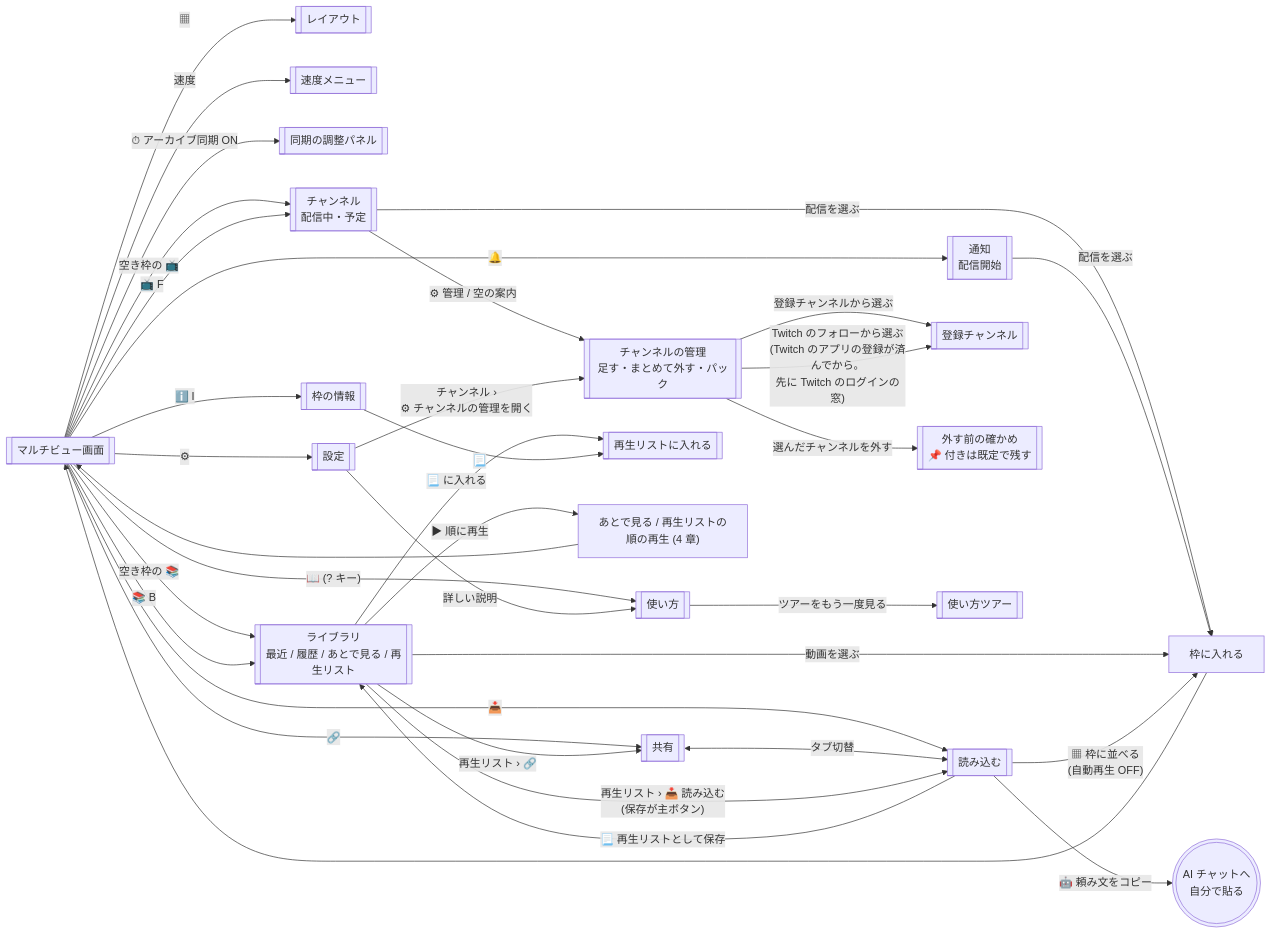
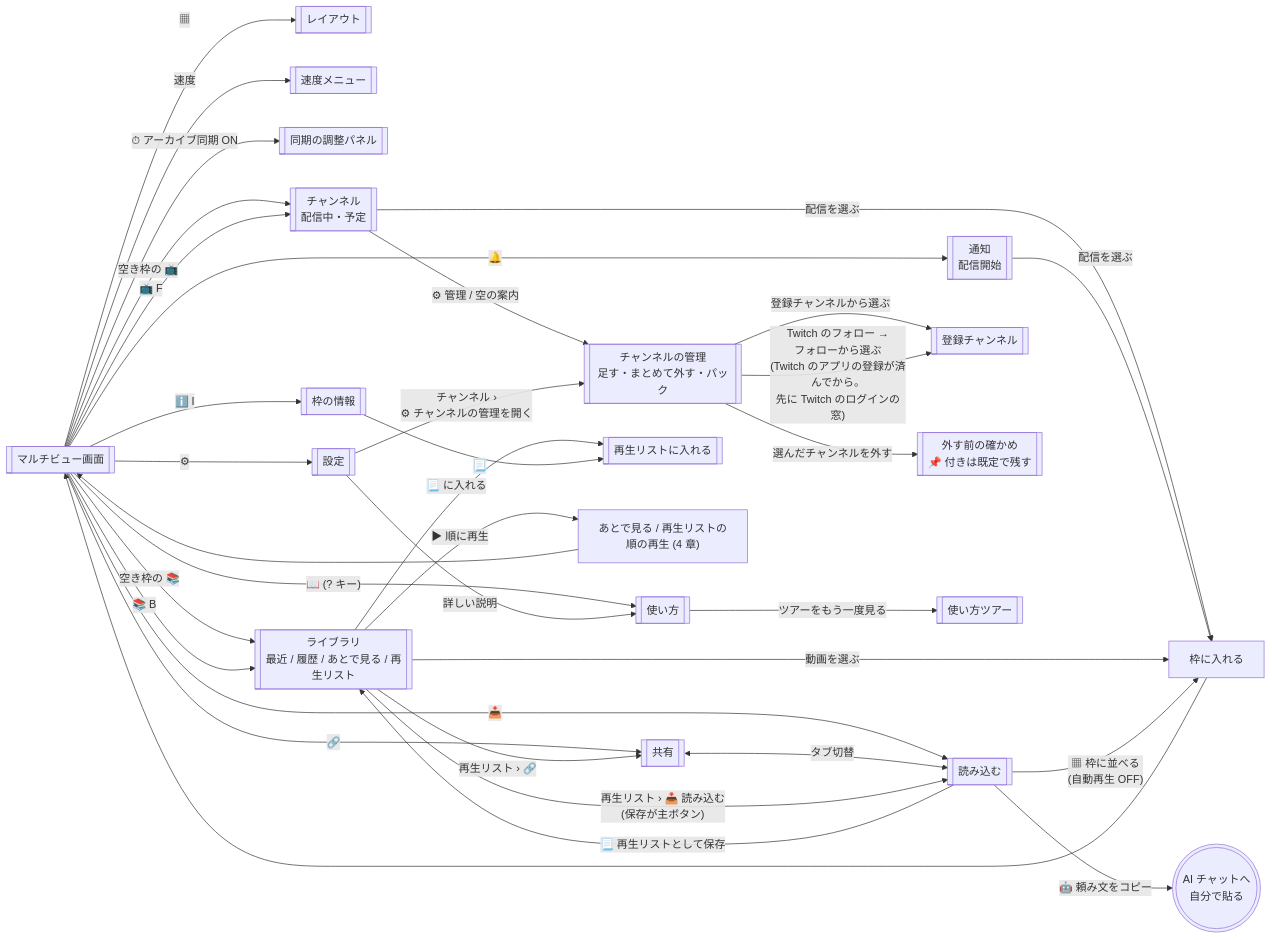
The third of 5 diagrams in docs/screen-flow.md (contee213/hakomado), drawn with Mermaid before and after one commit. The commit also changed 6 other files, not shown here.

````diff
--- a/docs/screen-flow.md
+++ b/docs/screen-flow.md
@@ -84,38 +84,38 @@
 ```mermaid
 flowchart LR
   MAIN[["マルチビュー画面"]]
   MAIN -- "▦" --> LAY[["レイアウト"]]
   MAIN -- "速度" --> SPD[["速度メニュー"]]
   MAIN -- "⏱ アーカイブ同期 ON" --> DOCK[["同期の調整パネル"]]
   MAIN -- "空き枠の 📺" --> CH
   MAIN -- "空き枠の 📚" --> LIB
   MAIN -- "🔔" --> NOT[["通知<br>配信開始"]]
   MAIN -- "📺 F" --> CH[["チャンネル<br>配信中・予定"]]
   MAIN -- "📚 B" --> LIB[["ライブラリ<br>最近 / 履歴 / あとで見る / 再生リスト"]]
   MAIN -- "ℹ️ I" --> INFO[["枠の情報"]]
   MAIN -- "🔗" --> SH[["共有"]]
   MAIN -- "📥" --> RD[["読み込む"]]
   MAIN -- "⚙" --> SET[["設定"]]
   MAIN -- "📖 (? キー)" --> HELP[["使い方"]]
   SH <-- "タブ切替" --> RD
   CH -- "⚙ 管理 / 空の案内" --> CM[["チャンネルの管理<br>足す・まとめて外す・パック"]]
   SET -- "チャンネル ›<br>⚙ チャンネルの管理を開く" --> CM
   CM -- "登録チャンネルから選ぶ" --> SUBS[["登録チャンネル"]]
-  CM -- "Twitch のフォローから選ぶ<br>(Twitch のアプリの登録が済んでから。<br>先に Twitch のログインの窓)" --> SUBS
+  CM -- "Twitch のフォロー →<br>フォローから選ぶ<br>(Twitch のアプリの登録が済んでから。<br>先に Twitch のログインの窓)" --> SUBS
   CM -- "選んだチャンネルを外す" --> CMC[["外す前の確かめ<br>📌 付きは既定で残す"]]
   SET -- "詳しい説明" --> HELP
   HELP -- "ツアーをもう一度見る" --> TOUR[["使い方ツアー"]]
   CH -- "配信を選ぶ" --> TILE["枠に入れる"]
   NOT -- "配信を選ぶ" --> TILE
   LIB -- "動画を選ぶ" --> TILE
   LIB -- "📃 に入れる" --> PLP[["再生リストに入れる"]]
   LIB -- "▶ 順に再生" --> Q["あとで見る / 再生リストの<br>順の再生 (4 章)"]
   LIB -- "再生リスト › 📥 読み込む<br>(保存が主ボタン)" --> RD
   LIB -- "再生リスト › 🔗" --> SH
   INFO -- "📃" --> PLP
   RD -- "▦ 枠に並べる<br>(自動再生 OFF)" --> TILE
   RD -- "📃 再生リストとして保存" --> LIB
   RD -- "🤖 頼み文をコピー" --> AI((("AI チャットへ<br>自分で貼る")))
   TILE --> MAIN
   Q --> MAIN
 ```
````
